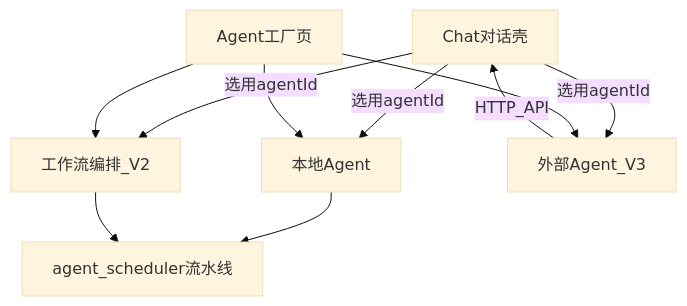
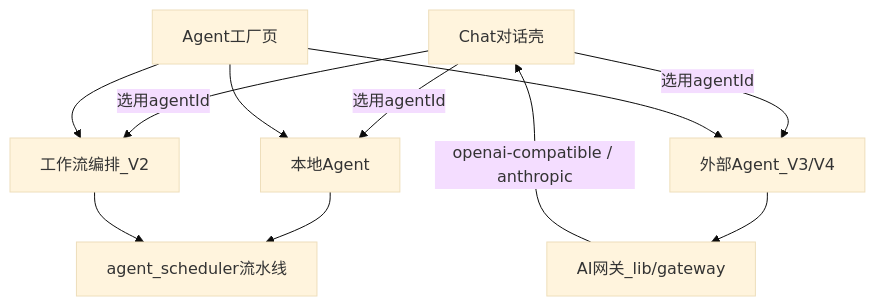
The diagram in docs/features/agents.md (yujiangxian/nuwa), drawn with Mermaid (base theme) before and after one commit. The commit also changed other lines of this file and 19 other files, not shown here.

First line of the commit message:
feat(web): add multi-protocol AI gateway for external Agents

````diff
--- a/docs/features/agents.md
+++ b/docs/features/agents.md
@@ -11,19 +11,21 @@
 ```mermaid
 flowchart TB
   chat[Chat对话壳]
   agentsPage[Agent工厂页]
   local[本地Agent]
   flow[工作流编排_V2]
-  external[外部Agent_V3]
+  external[外部Agent_V3/V4]
+  gateway[AI网关_lib/gateway]
   sched[agent_scheduler流水线]
 
   chat -->|选用agentId| local
   chat -->|选用agentId| flow
   chat -->|选用agentId| external
   agentsPage --> local
   agentsPage --> flow
   agentsPage --> external
   local --> sched
   flow --> sched
-  external -->|HTTP_API| chat
+  external --> gateway
+  gateway -->|openai-compatible / anthropic| chat
 ```
````
